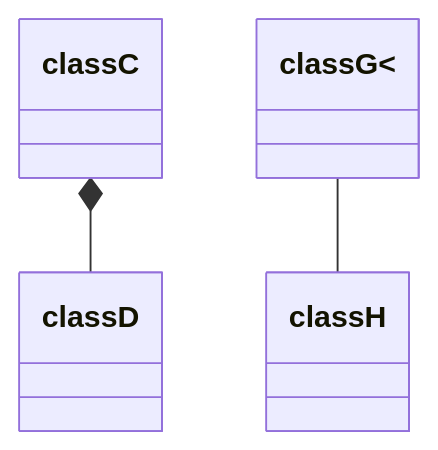
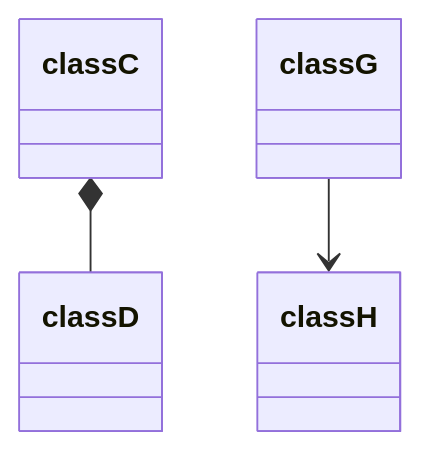
Before and after one commit to anchung/ob-technical: the diagram in src/site/notes/Books/2024/Java In a Nutshell/Chapter 8 - Working with Java Collections 1.md, drawn with Mermaid.

Commit message:
Published multiple files

````diff
--- a/src/site/notes/Books/2024/Java In a Nutshell/Chapter 8 - Working with Java Collections 1.md
+++ b/src/site/notes/Books/2024/Java In a Nutshell/Chapter 8 - Working with Java Collections 1.md
@@ -9,5 +9,5 @@
 ```mermaid
 classDiagram
 classC *-- classD
-classG `&lt;`-- classH
+classG --> classH
 ```
````
